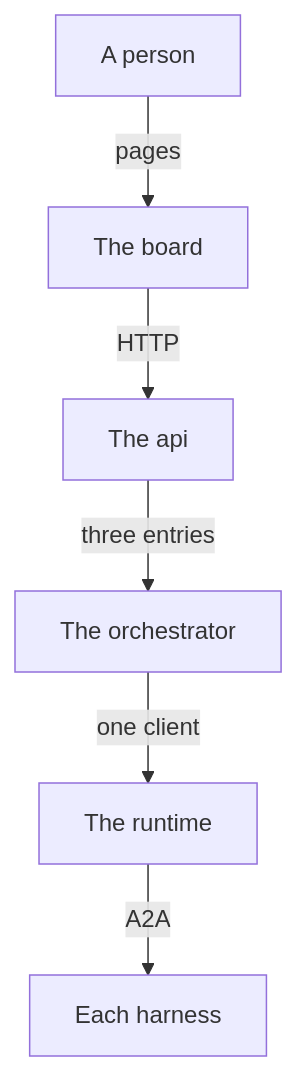
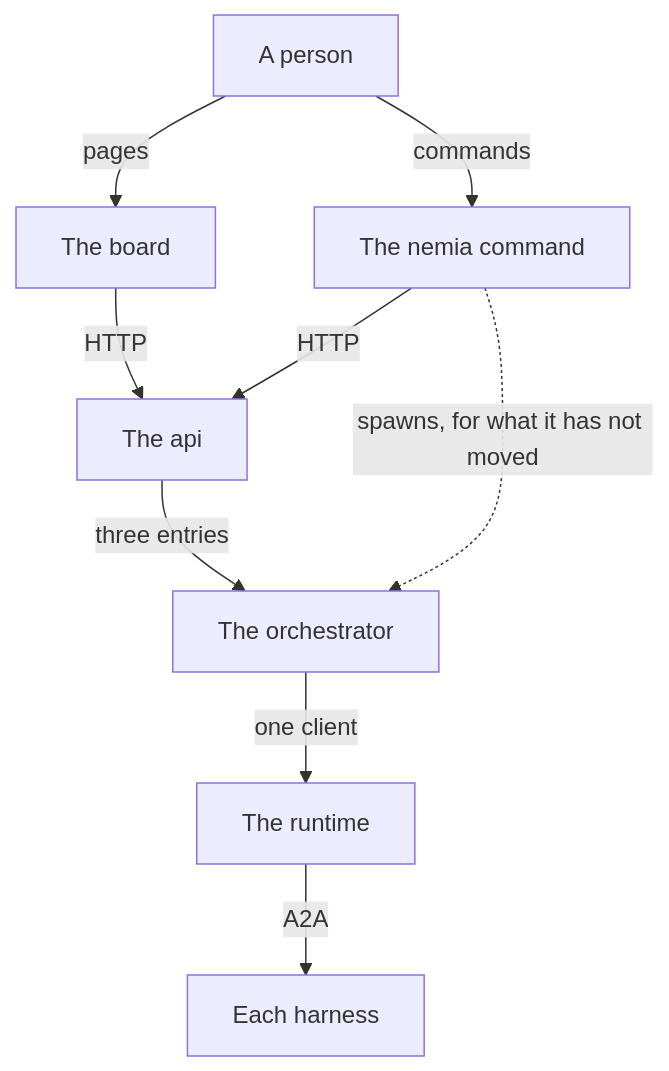
Before and after one commit to emyann/nemia: the diagram in apps/docs/src/content/docs/map.mdx, drawn with Mermaid. The commit also changed other lines of this file and 19 other files, not shown here.

Commit message:
Hold apps/cli's boundary and draw the layers web, cli → api

````diff
--- a/apps/docs/src/content/docs/map.mdx
+++ b/apps/docs/src/content/docs/map.mdx
@@ -12,8 +12,11 @@
 ```mermaid
 flowchart TD
   person[A person] -->|pages| board[The board]
+  person -->|commands| cli[The nemia command]
   board -->|HTTP| api[The api]
+  cli -->|HTTP| api
+  cli -.->|"spawns, for what it has not moved"| orchestrator
   api -->|three entries| orchestrator[The orchestrator]
   orchestrator -->|one client| runtime[The runtime]
   runtime -->|A2A| harness[Each harness]
 ```
````
